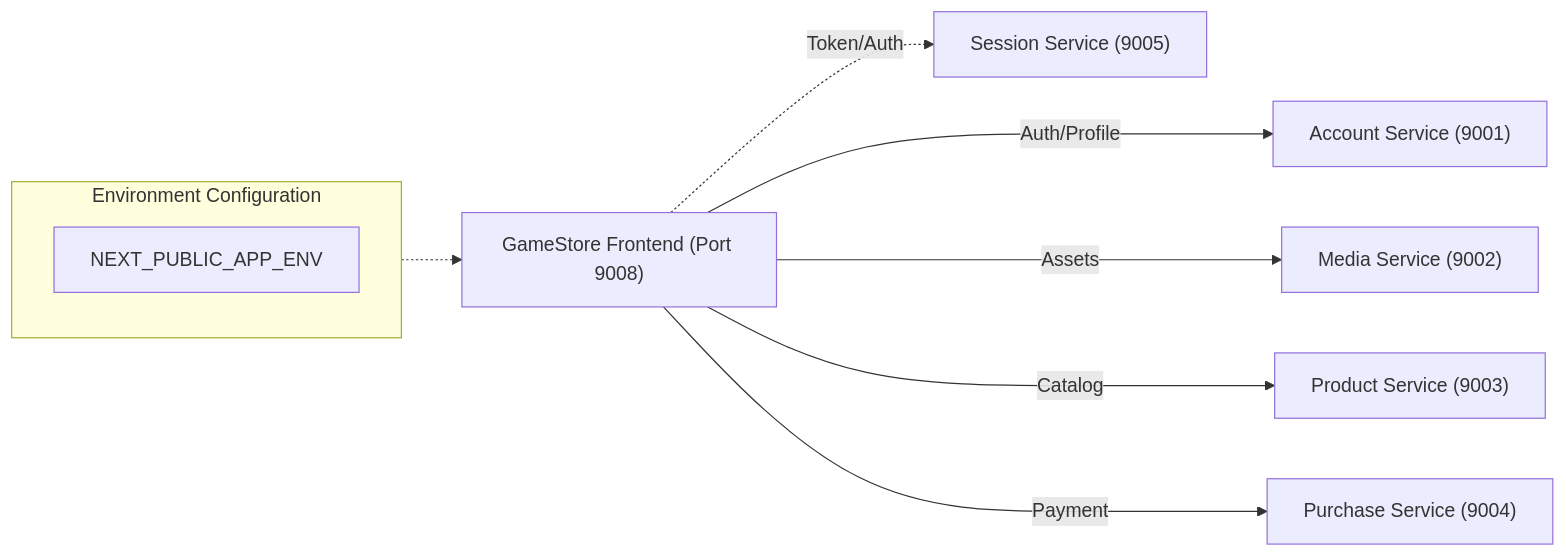
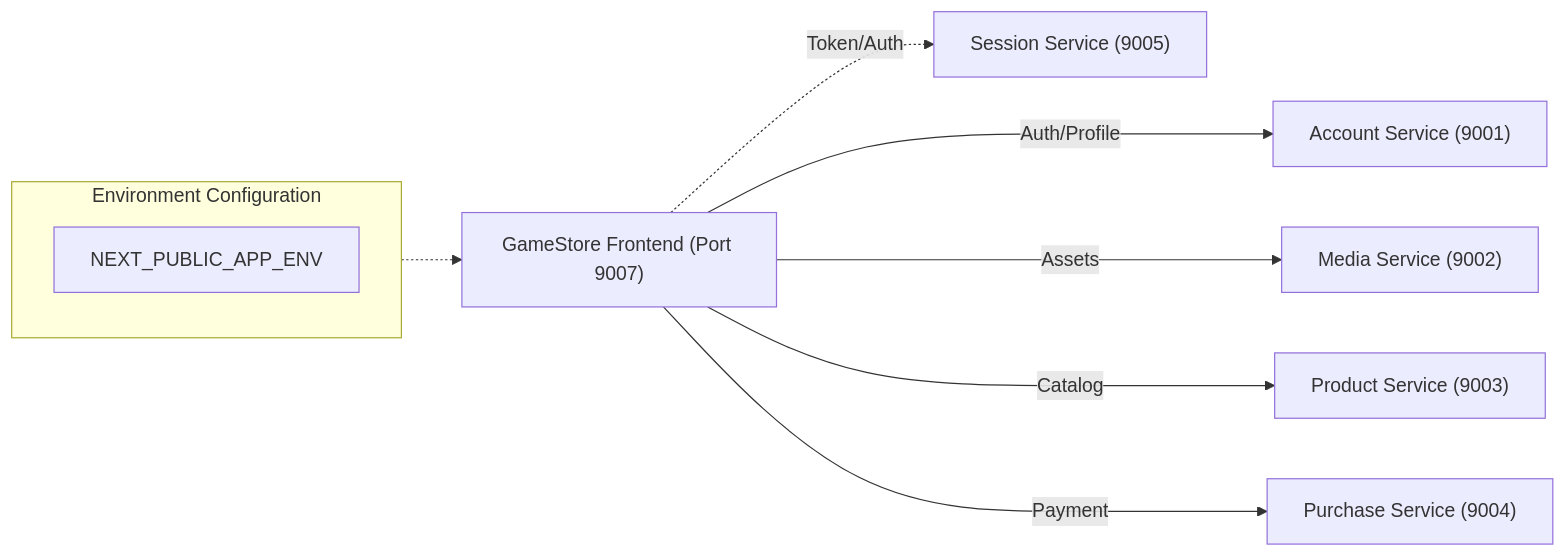
One commit to prothegee/gamestore-fe-store changed the third of 3 diagrams in docs/HLD.md. Above: the diagram before and after it, drawn with Mermaid. The commit also changed other lines of this file and 30 other files, not shown here.

First line of the commit message:
feat: implement hybrid server-first architecture with extracted client form components

````diff
--- a/docs/HLD.md
+++ b/docs/HLD.md
@@ -29,15 +53,15 @@
 ```mermaid
 graph LR
-    Frontend["GameStore Frontend (Port 9008)"]
+    Frontend["GameStore Frontend (Port 9007)"]
     
     Frontend ---> |"Auth/Profile"| AccountSvc["Account Service (9001)"]
     Frontend ---> |"Assets"| MediaSvc["Media Service (9002)"]
     Frontend ---> |"Catalog"| ProductSvc["Product Service (9003)"]
     Frontend ---> |"Payment"| PurchaseSvc["Purchase Service (9004)"]
     Frontend -.-> |"Token/Auth"| SessionSvc["Session Service (9005)"]
     
     subgraph Env [Environment Configuration]
         NEXT_PUBLIC_APP_ENV
     end
     Env -.-> Frontend
 ```
````
